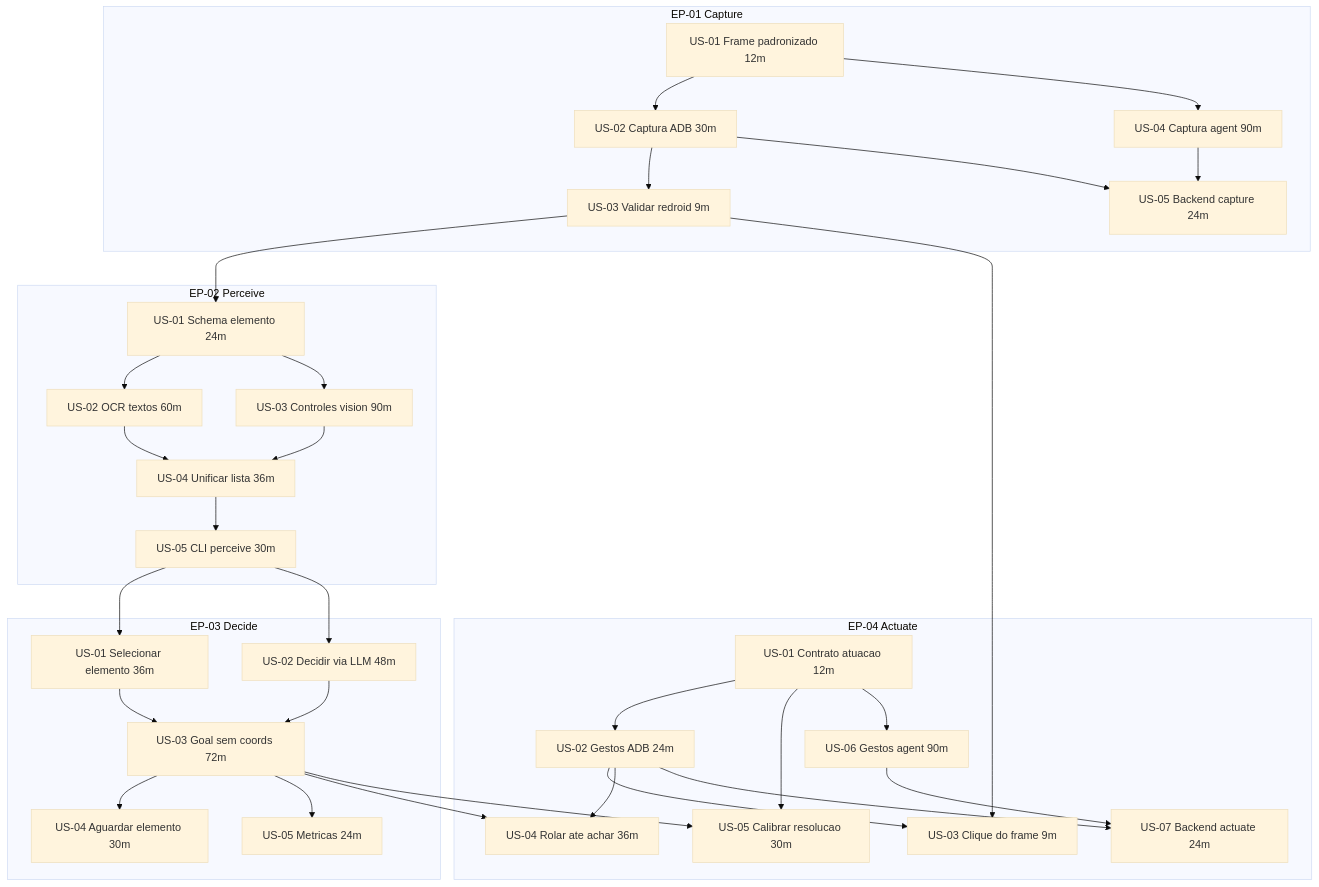
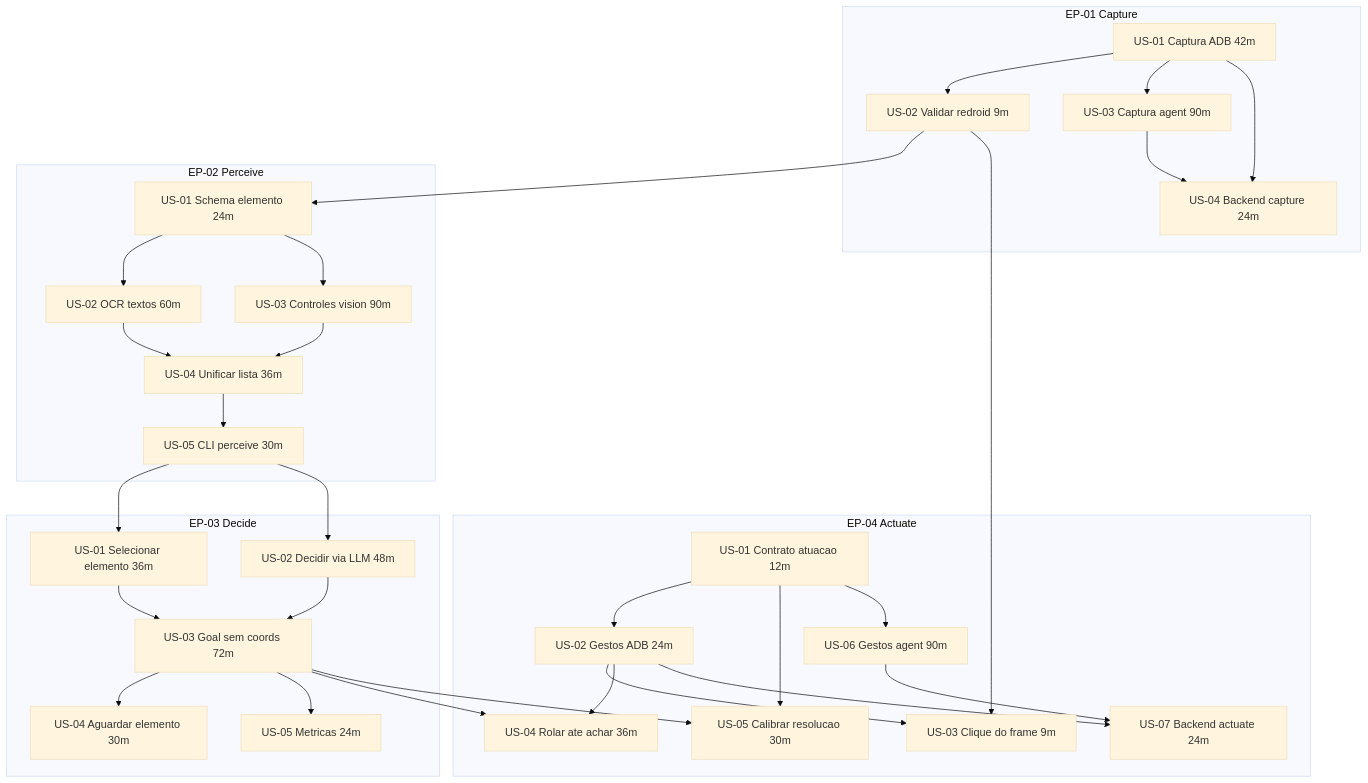
The first of 2 diagrams in core/tasks/README.md (laerciogermano/workstation), drawn with Mermaid (base theme) before and after one commit. The commit also changed other lines of this file and 9 other files, not shown here.

Commit message:
Fundir US-01 e US-02 do Capture: uma história de capturar tela via ADB com frame padronizado.

````diff
--- a/core/tasks/README.md
+++ b/core/tasks/README.md
@@ -99,62 +99,61 @@
 ```mermaid
 flowchart TD
   subgraph EP01["EP-01 Capture"]
-    C01[US-01 Frame padronizado 12m]
-    C02[US-02 Captura ADB 30m]
-    C03[US-03 Validar redroid 9m]
-    C04[US-04 Captura agent 90m]
-    C05[US-05 Backend capture 24m]
-    C01 --> C02 --> C03
+    C01[US-01 Captura ADB 42m]
+    C02[US-02 Validar redroid 9m]
+    C03[US-03 Captura agent 90m]
+    C04[US-04 Backend capture 24m]
+    C01 --> C02
+    C01 --> C03
     C01 --> C04
-    C02 --> C05
-    C04 --> C05
+    C03 --> C04
   end
 
   subgraph EP02["EP-02 Perceive"]
     P01[US-01 Schema elemento 24m]
     P02[US-02 OCR textos 60m]
     P03[US-03 Controles vision 90m]
     P04[US-04 Unificar lista 36m]
     P05[US-05 CLI perceive 30m]
     P01 --> P02
     P01 --> P03
     P02 --> P04
     P03 --> P04
     P04 --> P05
   end
 
   subgraph EP03["EP-03 Decide"]
     D01[US-01 Selecionar elemento 36m]
     D02[US-02 Decidir via LLM 48m]
     D03[US-03 Goal sem coords 72m]
     D04[US-04 Aguardar elemento 30m]
     D05[US-05 Metricas 24m]
     D01 --> D03
     D02 --> D03
     D03 --> D04
     D03 --> D05
   end
 
   subgraph EP04["EP-04 Actuate"]
     A01[US-01 Contrato atuacao 12m]
     A02[US-02 Gestos ADB 24m]
     A03[US-03 Clique do frame 9m]
     A04[US-04 Rolar ate achar 36m]
     A05[US-05 Calibrar resolucao 30m]
     A06[US-06 Gestos agent 90m]
     A07[US-07 Backend actuate 24m]
     A01 --> A02 --> A03
     A02 --> A04
     A01 --> A05
     A01 --> A06
     A02 --> A07
     A06 --> A07
   end
 
-  C03 --> P01
-  C03 --> A03
+  C02 --> P01
+  C02 --> A03
   P05 --> D01
   P05 --> D02
   D03 --> A04
   D03 --> A05
 ```
````
